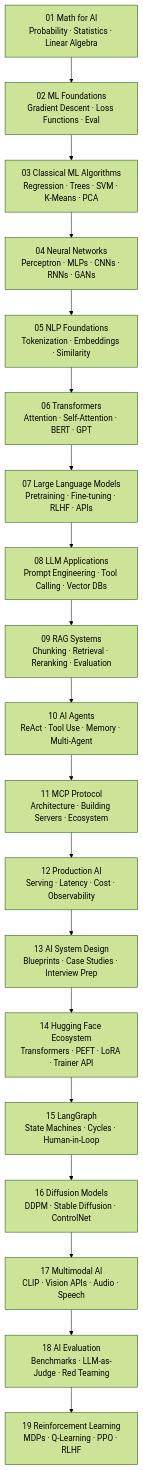
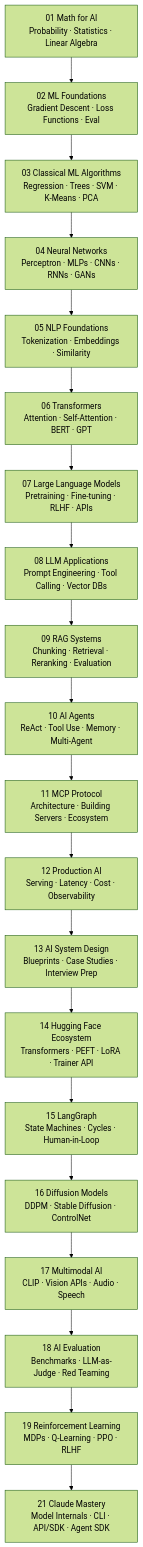
The diagram in 00_Learning_Guide/Learning_Path.md (ReddyBytes/AI-ENGINEERS-ATLAS), drawn with Mermaid (forest theme) before and after one commit. The commit also changed other lines of this file and 231 other files, not shown here.

````diff
--- a/00_Learning_Guide/Learning_Path.md
+++ b/00_Learning_Guide/Learning_Path.md
@@ -9,22 +9,23 @@
 ```mermaid
 flowchart TD
     A[01 Math for AI\nProbability · Statistics · Linear Algebra] --> B
     B[02 ML Foundations\nGradient Descent · Loss Functions · Eval] --> C
     C[03 Classical ML Algorithms\nRegression · Trees · SVM · K-Means · PCA] --> D
     D[04 Neural Networks\nPerceptron · MLPs · CNNs · RNNs · GANs] --> E
     E[05 NLP Foundations\nTokenization · Embeddings · Similarity] --> F
     F[06 Transformers\nAttention · Self-Attention · BERT · GPT] --> G
     G[07 Large Language Models\nPretraining · Fine-tuning · RLHF · APIs] --> H
     H[08 LLM Applications\nPrompt Engineering · Tool Calling · Vector DBs] --> I
     I[09 RAG Systems\nChunking · Retrieval · Reranking · Evaluation] --> J
     J[10 AI Agents\nReAct · Tool Use · Memory · Multi-Agent] --> K
     K[11 MCP Protocol\nArchitecture · Building Servers · Ecosystem] --> L
     L[12 Production AI\nServing · Latency · Cost · Observability] --> M
     M[13 AI System Design\nBlueprints · Case Studies · Interview Prep] --> N
     N[14 Hugging Face Ecosystem\nTransformers · PEFT · LoRA · Trainer API] --> O
     O[15 LangGraph\nState Machines · Cycles · Human-in-Loop] --> P
     P[16 Diffusion Models\nDDPM · Stable Diffusion · ControlNet] --> Q
     Q[17 Multimodal AI\nCLIP · Vision APIs · Audio · Speech] --> R
     R[18 AI Evaluation\nBenchmarks · LLM-as-Judge · Red Teaming] --> S
-    S[19 Reinforcement Learning\nMDPs · Q-Learning · PPO · RLHF]
+    S[19 Reinforcement Learning\nMDPs · Q-Learning · PPO · RLHF] --> T
+    T[21 Claude Mastery\nModel Internals · CLI · API/SDK · Agent SDK]
 ```
````
